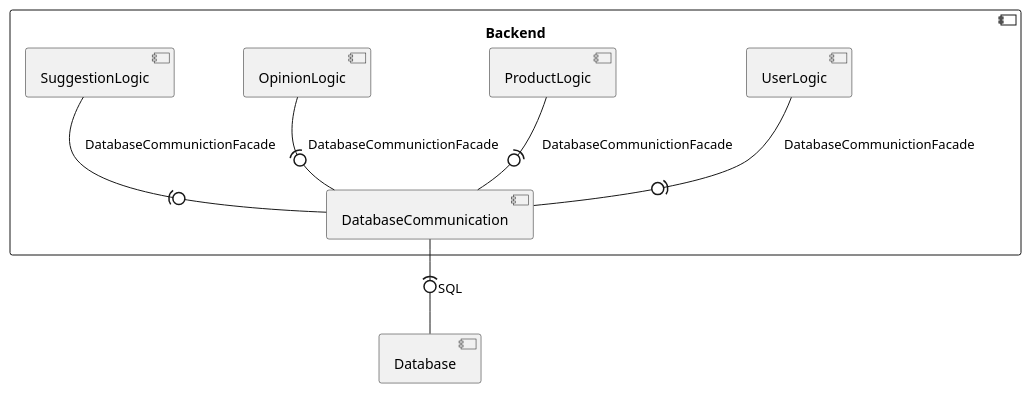
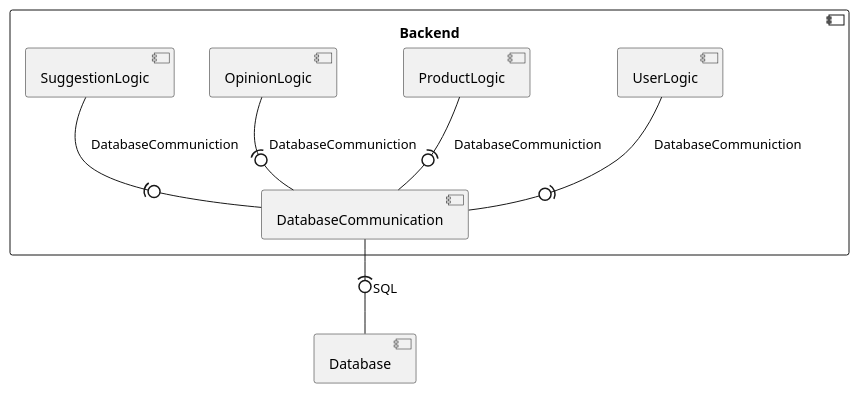
One commit to RadekBucki/OpinionCollectorArchitecture changed the first of 6 diagrams in backend/BackendLogic.md. Above: the diagram before and after it, drawn with PlantUML. The commit also changed other lines of this file and 6 other files, not shown here.

````diff
--- a/backend/BackendLogic.md
+++ b/backend/BackendLogic.md
@@ -3,27 +3,27 @@
 ```plantuml
 @startuml
 component Backend {
     component UserLogic {
     }
     component ProductLogic {
     }
     component OpinionLogic {
     }
     component SuggestionLogic {
     }
     
     component DatabaseCommunication {
     }
 }
 
 component Database {
 }
 
 DatabaseCommunication -(0-  Database : SQL
 
-UserLogic             -(0-  DatabaseCommunication : DatabaseCommunictionFacade
-ProductLogic          -(0-  DatabaseCommunication : DatabaseCommunictionFacade
-OpinionLogic          -(0-  DatabaseCommunication : DatabaseCommunictionFacade
-SuggestionLogic       -(0-  DatabaseCommunication : DatabaseCommunictionFacade
+UserLogic             -(0-  DatabaseCommunication : DatabaseCommuniction
+ProductLogic          -(0-  DatabaseCommunication : DatabaseCommuniction
+OpinionLogic          -(0-  DatabaseCommunication : DatabaseCommuniction
+SuggestionLogic       -(0-  DatabaseCommunication : DatabaseCommuniction
 @enduml 
 ```
````
